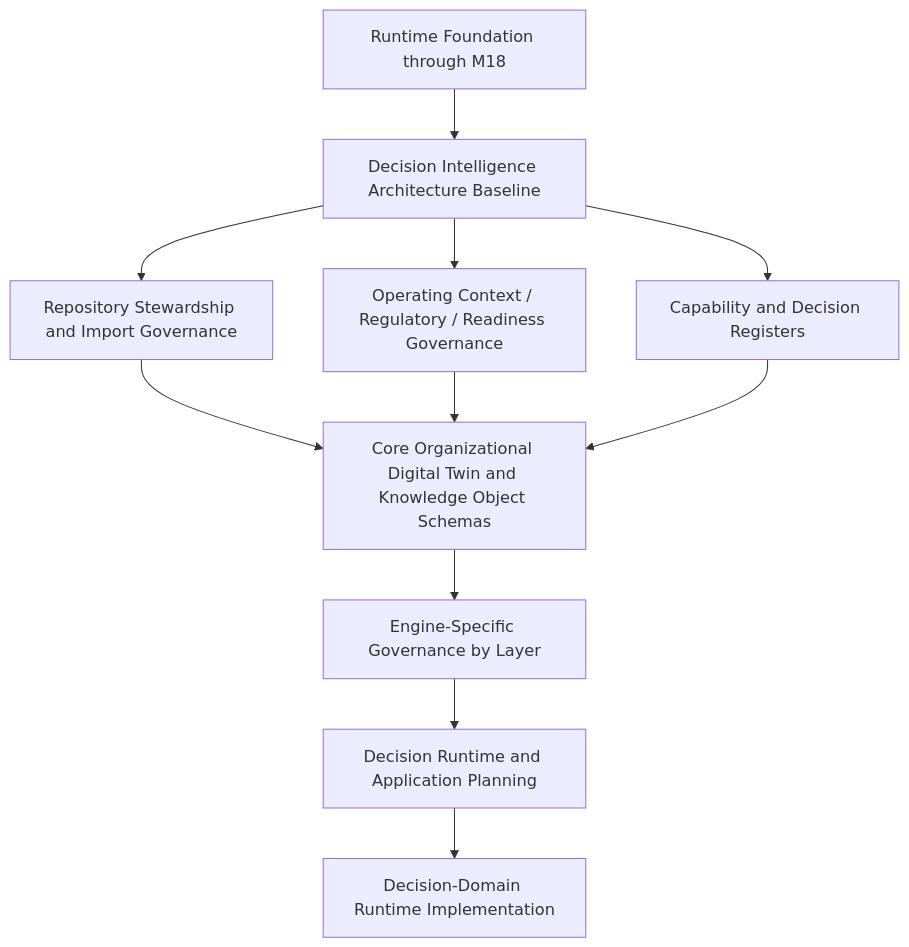
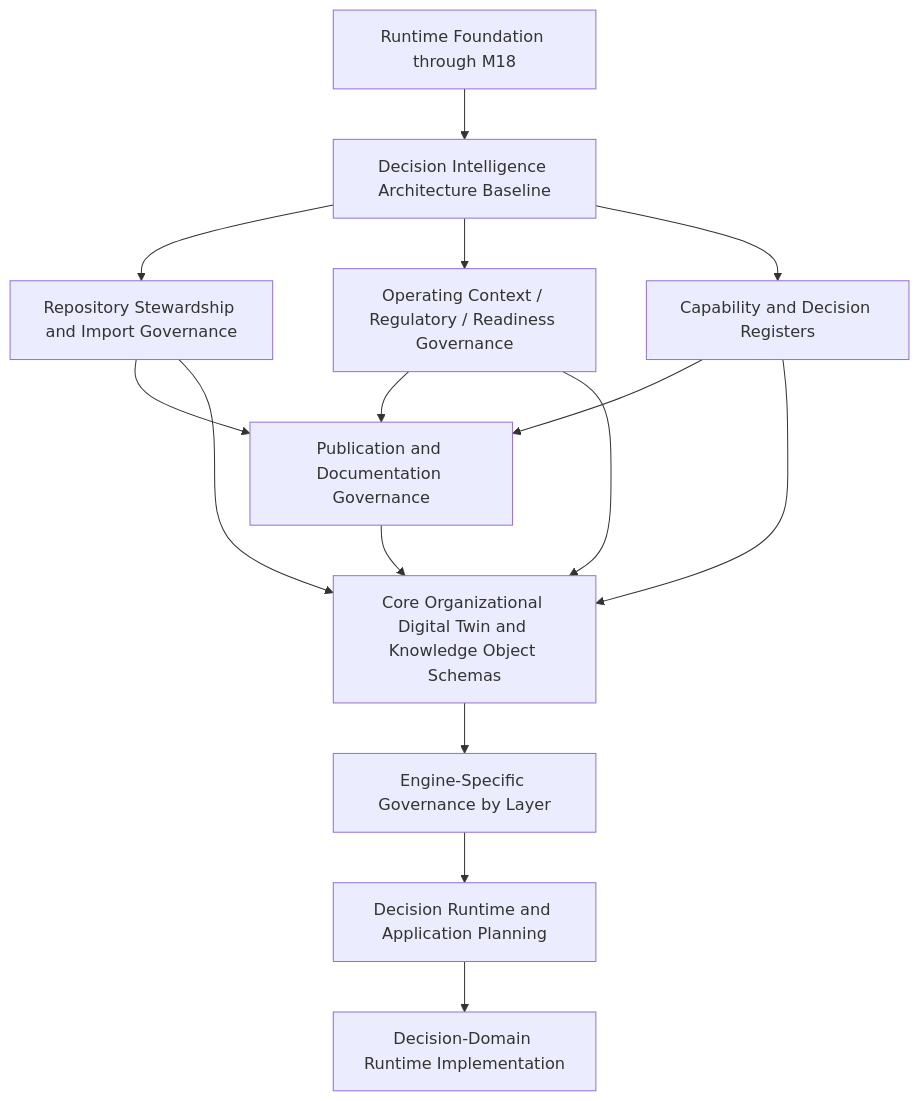
One commit to shawnfoster/AXI-Platform changed the diagram in Governance/Roadmap/AXI_Roadmap_v1.0.md. Above: the diagram before and after it, drawn with Mermaid. The commit also changed other lines of this file and 20 other files, not shown here.

Commit message:
AI-042: publish publication and documentation governance

````diff
--- a/Governance/Roadmap/AXI_Roadmap_v1.0.md
+++ b/Governance/Roadmap/AXI_Roadmap_v1.0.md
@@ -58,13 +64,17 @@
 ```mermaid
 flowchart TD
     R["Runtime Foundation through M18"] --> A["Decision Intelligence Architecture Baseline"]
     A --> S["Repository Stewardship and Import Governance"]
     A --> C["Operating Context / Regulatory / Readiness Governance"]
     A --> E["Capability and Decision Registers"]
-    S --> D["Core Organizational Digital Twin and Knowledge Object Schemas"]
+    S --> P0["Publication and Documentation Governance"]
+    C --> P0
+    E --> P0
+    P0 --> D["Core Organizational Digital Twin and Knowledge Object Schemas"]
+    S --> D
     C --> D
     E --> D
     D --> G["Engine-Specific Governance by Layer"]
     G --> P["Decision Runtime and Application Planning"]
     P --> I["Decision-Domain Runtime Implementation"]
 ```
````
